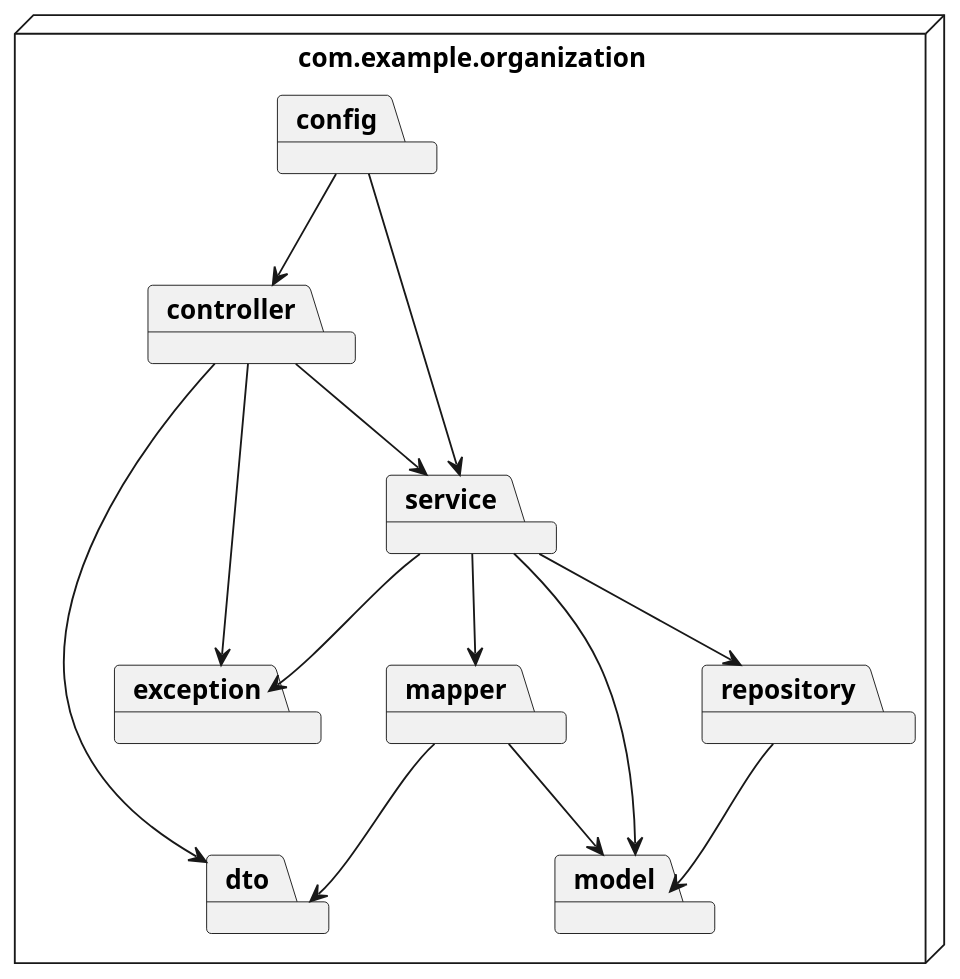
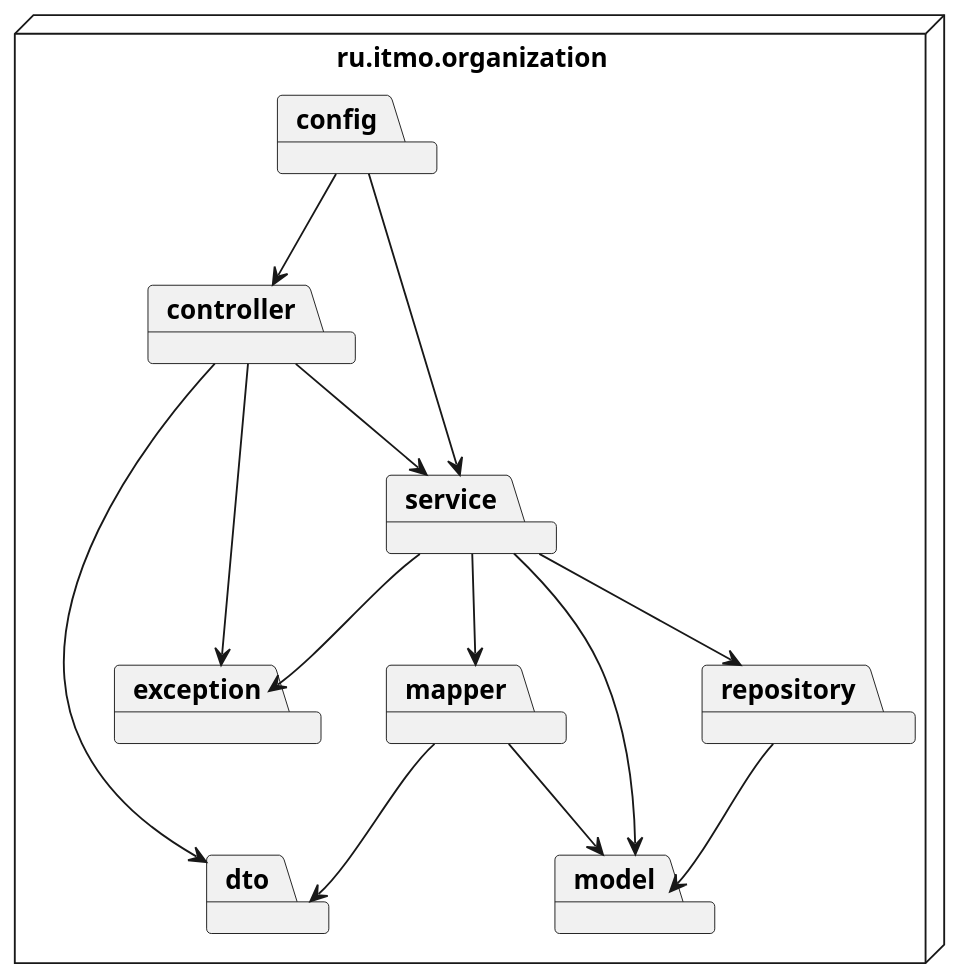
One commit to msuny-c/organization-service-api changed the diagram in docs/package-diagram.puml. Above: the diagram before and after it, drawn with PlantUML. The commit also changed 52 other files, not shown here.

```diff
--- a/docs/package-diagram.puml
+++ b/docs/package-diagram.puml
@@ -1,27 +1,27 @@
 @startuml
 skinparam dpi 120
-node "com.example.organization" {
+node "ru.itmo.organization" {
   package config
   package controller
   package service
   package repository
   package mapper
   package dto
   package model
   package exception
 }
 
 controller --> service
 controller --> dto
 controller --> exception
 service --> repository
 service --> mapper
 service --> model
 service --> exception
 mapper --> model
 mapper --> dto
 repository --> model
 config --> controller
 config --> service
 
 @enduml
```
